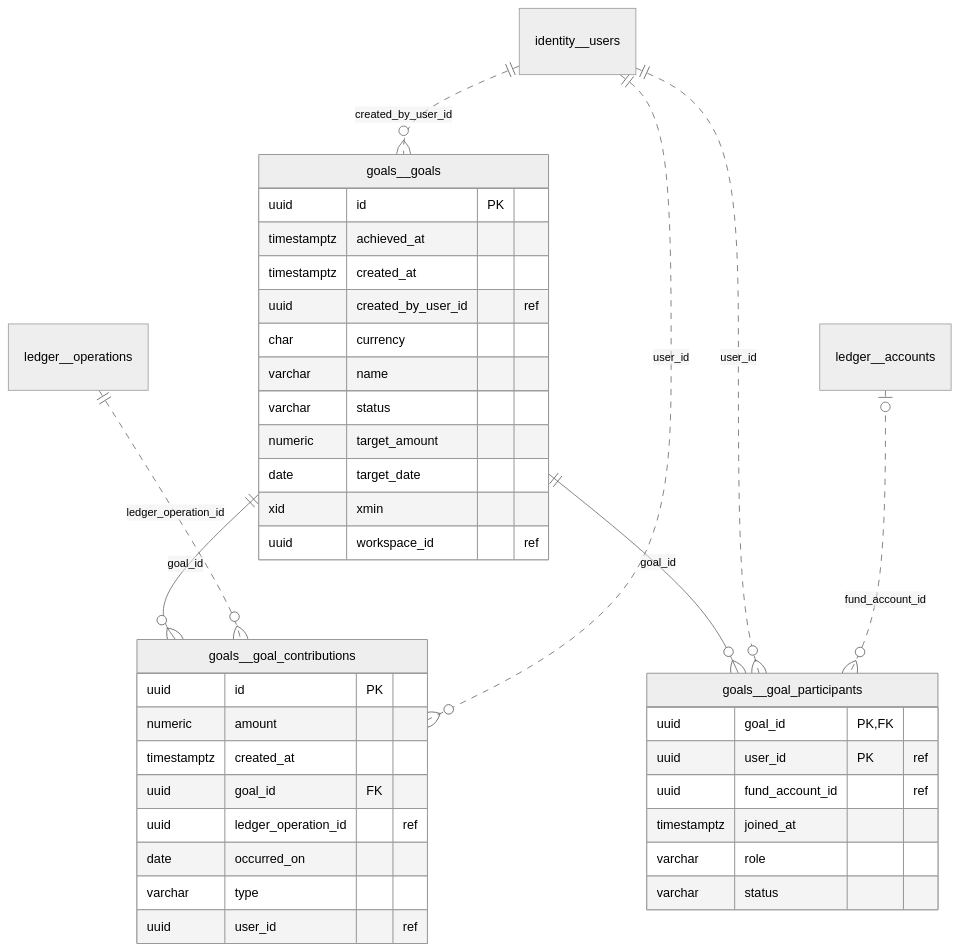
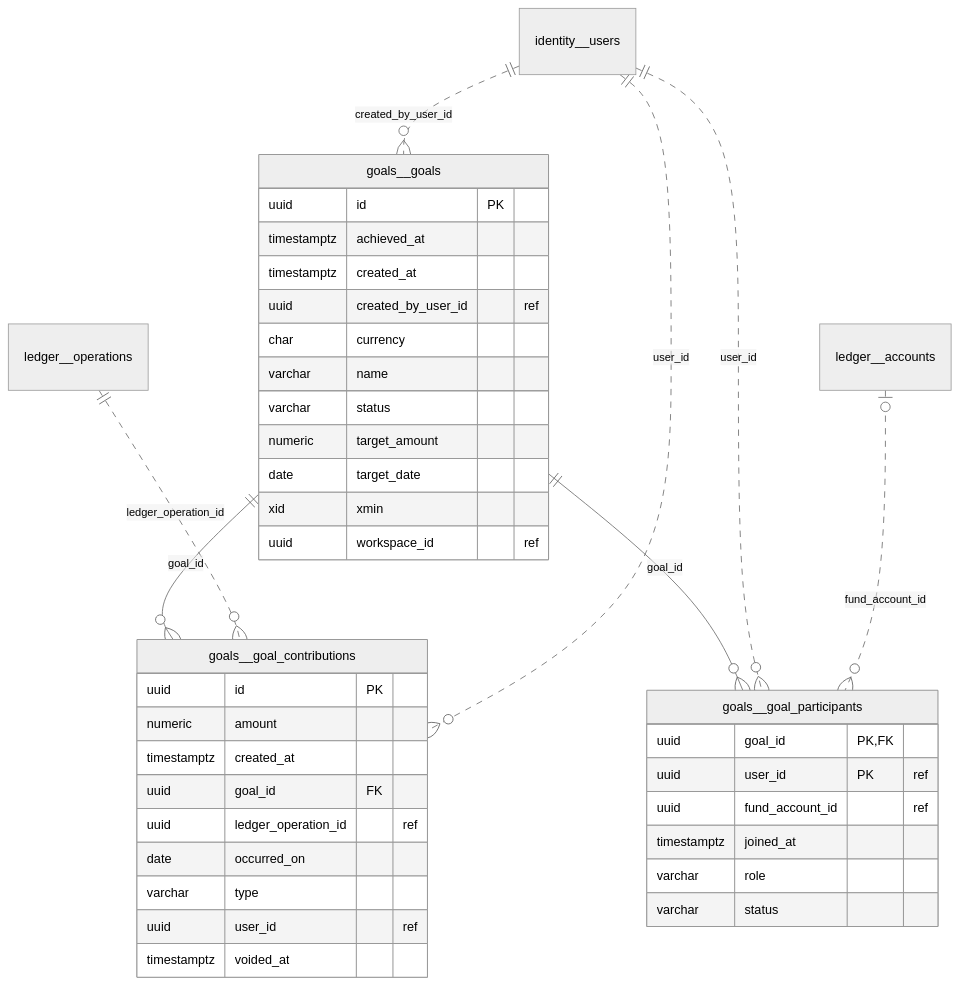
Before and after one commit to TorresMBA/finanzas-hub-api: the ninth of 13 diagrams in docs/backend/database.md, drawn with Mermaid (neutral theme). The commit also changed other lines of this file and 66 other files, not shown here.

````diff
--- a/docs/backend/database.md
+++ b/docs/backend/database.md
@@ -1175,41 +1177,42 @@
 ```mermaid
 erDiagram
     goals__goals {
         uuid id PK
         timestamptz achieved_at
         timestamptz created_at
         uuid created_by_user_id "ref"
         char currency
         varchar name
         varchar status
         numeric target_amount
         date target_date
         xid xmin
         uuid workspace_id "ref"
     }
     goals__goal_contributions {
         uuid id PK
         numeric amount
         timestamptz created_at
         uuid goal_id FK
         uuid ledger_operation_id "ref"
         date occurred_on
         varchar type
         uuid user_id "ref"
+        timestamptz voided_at
     }
     goals__goal_participants {
         uuid goal_id PK,FK
         uuid user_id PK "ref"
         uuid fund_account_id "ref"
         timestamptz joined_at
         varchar role
         varchar status
     }
     identity__users ||..o{ goals__goals : "created_by_user_id"
     goals__goals ||--o{ goals__goal_contributions : "goal_id"
     ledger__operations ||..o{ goals__goal_contributions : "ledger_operation_id"
     identity__users ||..o{ goals__goal_contributions : "user_id"
     goals__goals ||--o{ goals__goal_participants : "goal_id"
     identity__users ||..o{ goals__goal_participants : "user_id"
     ledger__accounts |o..o{ goals__goal_participants : "fund_account_id"
 ```
````
